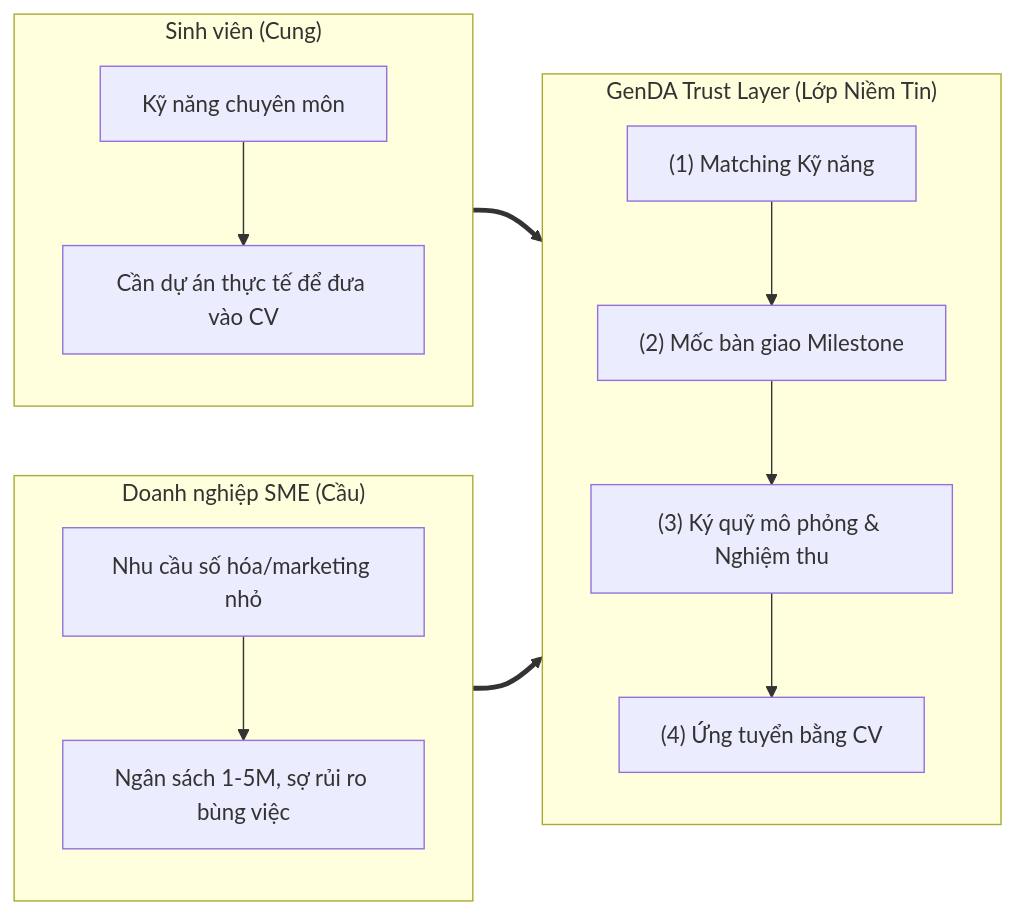
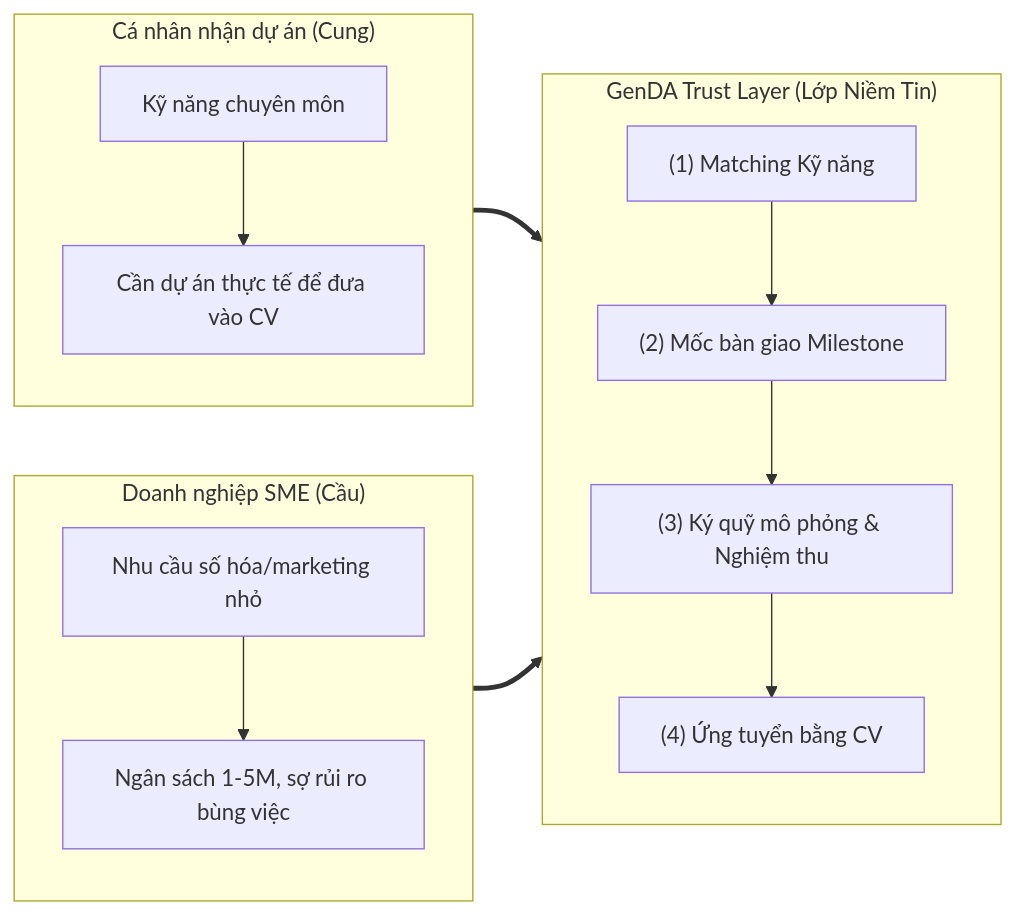
The first of 3 diagrams in docs/design.md (KidCute1412/GenDA), drawn with Mermaid before and after one commit. The commit also changed other lines of this file and 43 other files, not shown here.

Commit message:
docs: update flow docs to match the new scope of platform

````diff
--- a/docs/design.md
+++ b/docs/design.md
@@ -23,16 +23,16 @@
 ```mermaid
 graph LR
-    subgraph Supply["Sinh viên (Cung)"]
+    subgraph Supply["Cá nhân nhận dự án (Cung)"]
         S1["Kỹ năng chuyên môn"] --> S2["Cần dự án thực tế để đưa vào CV"]
     end
     subgraph TrustLayer["GenDA Trust Layer (Lớp Niềm Tin)"]
         T1["(1) Matching Kỹ năng"] --> T2["(2) Mốc bàn giao Milestone"]
         T2 --> T3["(3) Ký quỹ mô phỏng & Nghiệm thu"]
         T3 --> T4["(4) Ứng tuyển bằng CV"]
     end
     subgraph Demand["Doanh nghiệp SME (Cầu)"]
         D1["Nhu cầu số hóa/marketing nhỏ"] --> D2["Ngân sách 1-5M, sợ rủi ro bùng việc"]
     end
     Supply ==> TrustLayer
     Demand ==> TrustLayer
 ```
````
